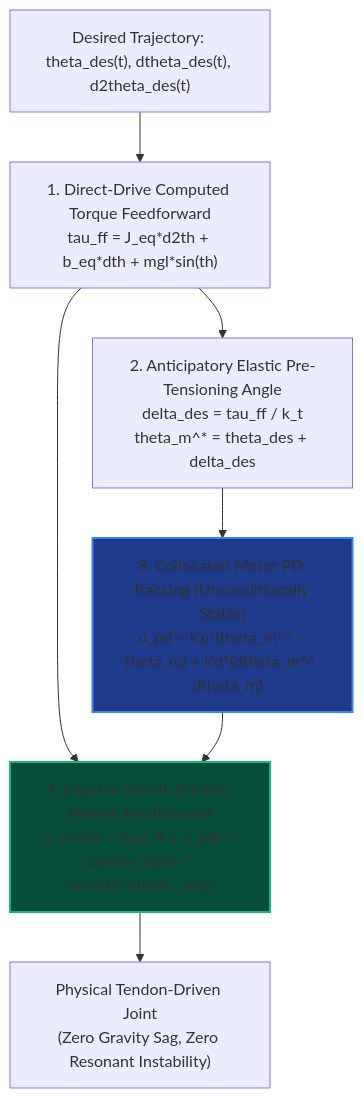
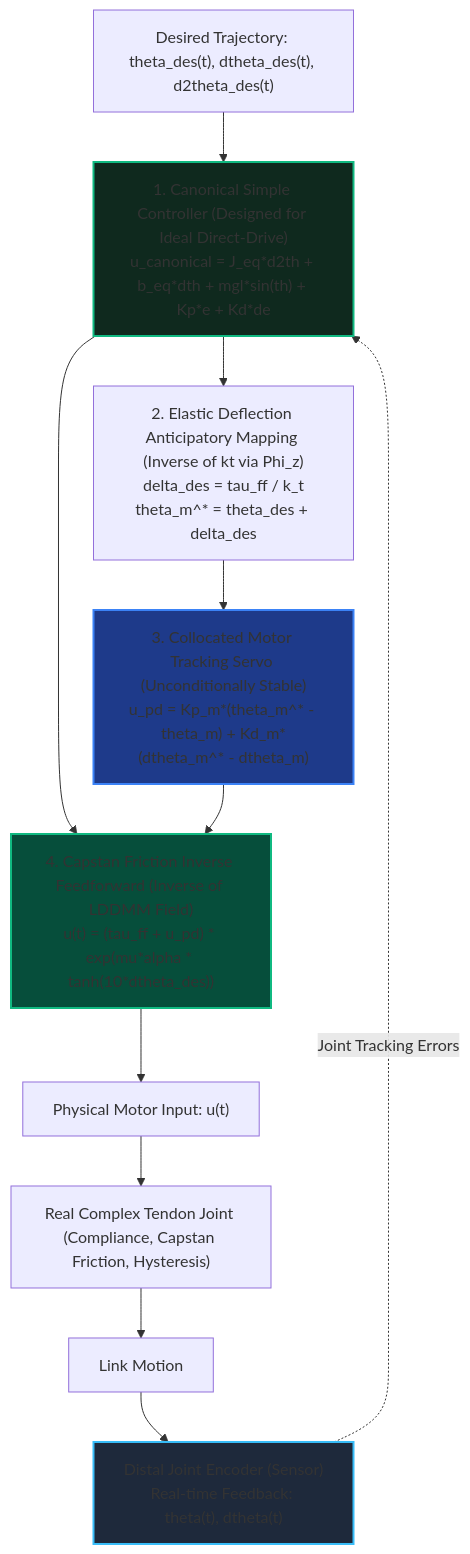
The fifth of 5 diagrams in TENDON_PAPER_EN.md (fangde/symmetryObserver), drawn with Mermaid before and after one commit. The commit also changed other lines of this file and 8 other files, not shown here.

Commit message:
feat(control): implement joint-encoder-based controlled symmetry benchmark to match simple-system performance

````diff
--- a/TENDON_PAPER_EN.md
+++ b/TENDON_PAPER_EN.md
@@ -231,15 +290,22 @@
 ```mermaid
 flowchart TD
-    Des["Desired Trajectory: theta_des(t), dtheta_des(t), d2theta_des(t)"] --> FF["1. Direct-Drive Computed Torque Feedforward<br/>tau_ff = J_eq*d2th + b_eq*dth + mgl*sin(th)"]
+    Des["Desired Trajectory: theta_des(t), dtheta_des(t), d2theta_des(t)"] --> CanonicalCtrl["1. Canonical Simple Controller (Designed for Ideal Direct-Drive)<br/>u_canonical = J_eq*d2th + b_eq*dth + mgl*sin(th) + Kp*e + Kd*de"]
     
-    FF --> Lead["2. Anticipatory Elastic Pre-Tensioning Angle<br/>delta_des = tau_ff / k_t<br/>theta_m^* = theta_des + delta_des"]
+    Encoder["Distal Joint Encoder (Sensor)<br/>Real-time Feedback: theta(t), dtheta(t)"] -. "Joint Tracking Errors" .-> CanonicalCtrl
     
-    Lead --> Collocated["3. Collocated Motor PD Tracking (Unconditionally Stable)<br/>u_pd = Kp*(theta_m^* - theta_m) + Kd*(dtheta_m^* - dtheta_m)"]
+    CanonicalCtrl --> Lead["2. Elastic Deflection Anticipatory Mapping (Inverse of kt via Phi_z)<br/>delta_des = tau_ff / k_t<br/>theta_m^* = theta_des + delta_des"]
     
-    FF & Collocated --> PreTension["4. Capstan Sheath Friction Inverse Feedforward<br/>u_motor = (tau_ff + u_pd) * exp(mu*alpha * tanh(10*dtheta_des))"]
+    Lead --> Collocated["3. Collocated Motor Tracking Servo (Unconditionally Stable)<br/>u_pd = Kp_m*(theta_m^* - theta_m) + Kd_m*(dtheta_m^* - dtheta_m)"]
     
-    PreTension --> Plant["Physical Tendon-Driven Joint<br/>(Zero Gravity Sag, Zero Resonant Instability)"]
+    CanonicalCtrl & Collocated --> PreTension["4. Capstan Friction Inverse Feedforward (Inverse of LDDMM Field)<br/>u(t) = (tau_ff + u_pd) * exp(mu*alpha * tanh(10*dtheta_des))"]
     
+    PreTension --> MotorInput["Physical Motor Input: u(t)"]
+    MotorInput --> ComplexPlant["Real Complex Tendon Joint (Compliance, Capstan Friction, Hysteresis)"]
+    ComplexPlant --> JointOutput["Link Motion"]
+    JointOutput --> Encoder
+    
+    style CanonicalCtrl fill:#0f291e,stroke:#10b981,stroke-width:2px
     style PreTension fill:#064e3b,stroke:#10b981,stroke-width:2px
     style Collocated fill:#1e3a8a,stroke:#3b82f6,stroke-width:2px
+    style Encoder fill:#1e293b,stroke:#38bdf8,stroke-width:2px
 ```
````
